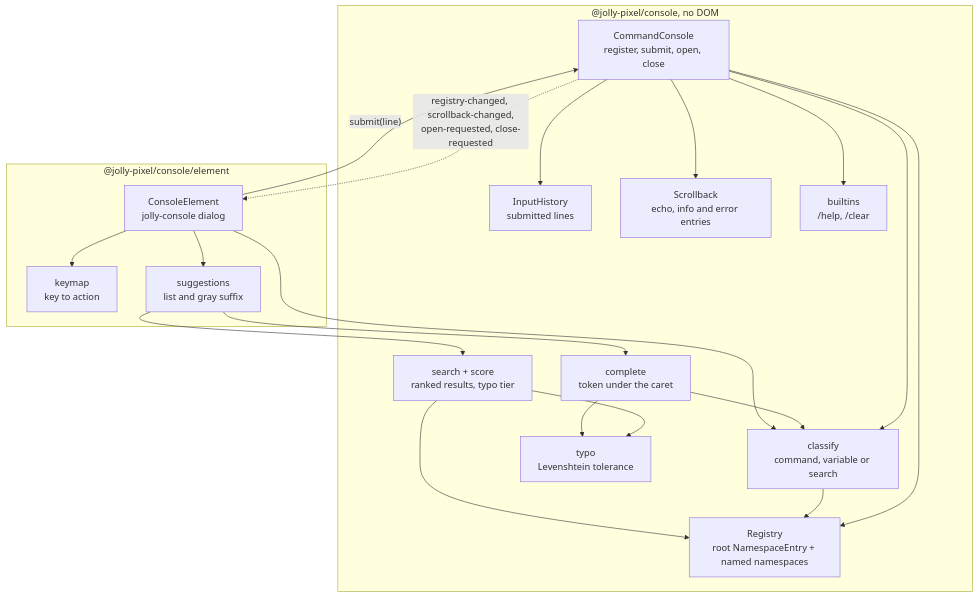
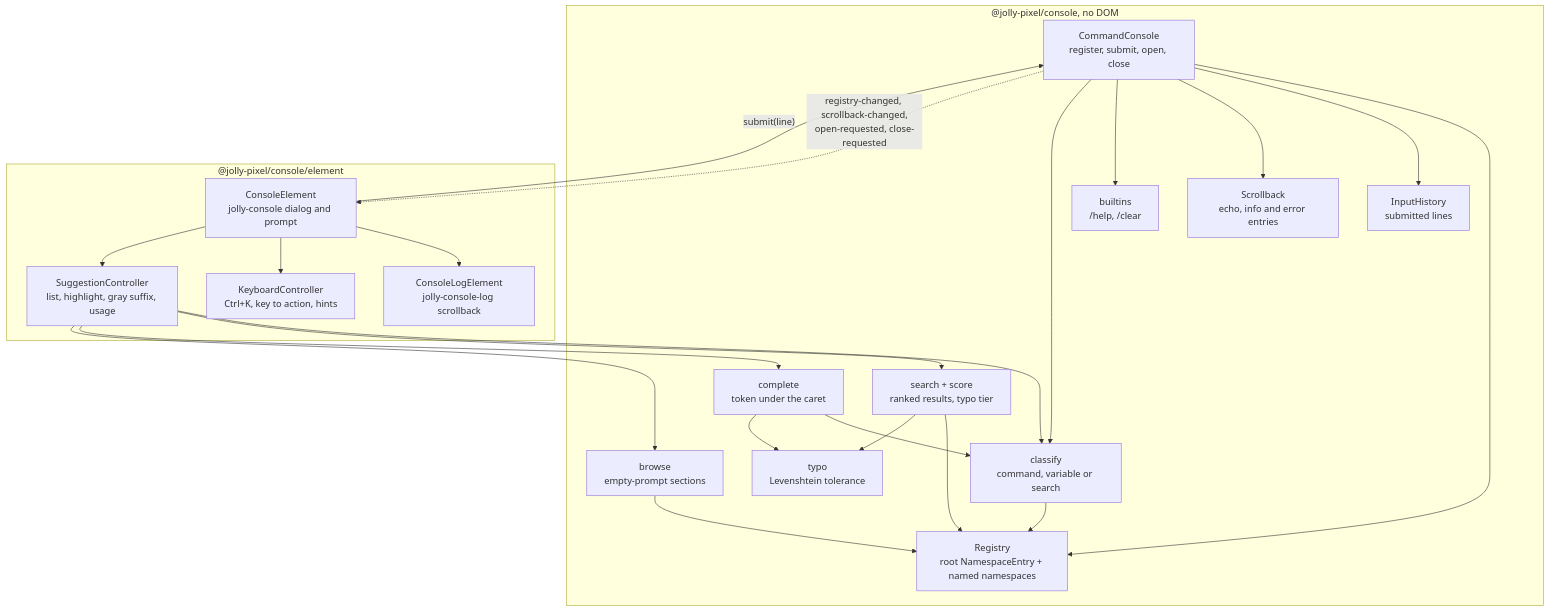
One commit to JollyPixel/editor changed the first of 6 diagrams in packages/console/ARCHITECTURE.md. Above: the diagram before and after it, drawn with Mermaid. The commit also changed other lines of this file and 23 other files, not shown here.

````diff
--- a/packages/console/ARCHITECTURE.md
+++ b/packages/console/ARCHITECTURE.md
@@ -11,28 +12,31 @@
 ```mermaid
 flowchart TB
     subgraph Root["@jolly-pixel/console, no DOM"]
         Console["CommandConsole<br/>register, submit, open, close"]
         Console --> Registry["Registry<br/>root NamespaceEntry + named namespaces"]
         Console --> History["InputHistory<br/>submitted lines"]
         Console --> Scrollback["Scrollback<br/>echo, info and error entries"]
         Console --> Builtins["builtins<br/>/help, /clear"]
         Console --> Classify["classify<br/>command, variable or search"]
         Classify --> Registry
         Search["search + score<br/>ranked results, typo tier"] --> Registry
         Search --> Typo["typo<br/>Levenshtein tolerance"]
+        Browse["browse<br/>empty-prompt sections"] --> Registry
         Complete["complete<br/>token under the caret"] --> Classify
         Complete --> Typo
     end
 
     subgraph Element["@jolly-pixel/console/element"]
-        Dialog["ConsoleElement<br/>jolly-console dialog"]
-        Dialog --> Keymap["keymap<br/>key to action"]
-        Dialog --> Suggestions["suggestions<br/>list and gray suffix"]
+        Dialog["ConsoleElement<br/>jolly-console dialog and prompt"]
+        Dialog --> Log["ConsoleLogElement<br/>jolly-console-log scrollback"]
+        Dialog --> Keyboard["KeyboardController<br/>Ctrl+K, key to action, hints"]
+        Dialog --> Suggestions["SuggestionController<br/>list, highlight, gray suffix, usage"]
     end
 
-    Dialog --> Classify
+    Suggestions --> Classify
     Suggestions --> Search
     Suggestions --> Complete
+    Suggestions --> Browse
     Dialog -->|"submit(line)"| Console
     Console -. "registry-changed, scrollback-changed,<br/>open-requested, close-requested" .-> Dialog
 ```
````
